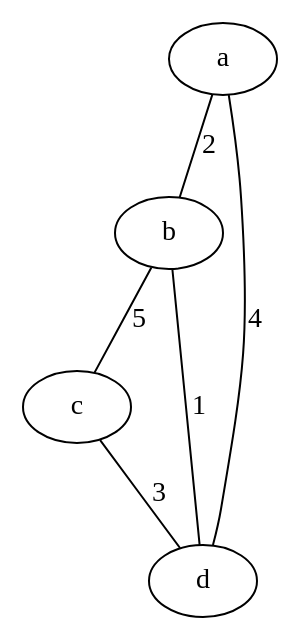
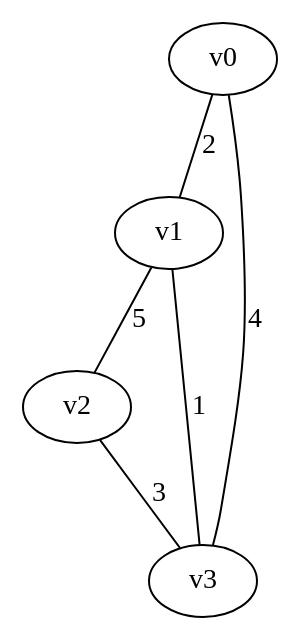
Before and after one commit to japie1235813/Algo_PA3: the diagram in inputs/gn4.dot, drawn with Graphviz. The commit also changed other lines of this file and 14 other files, not shown here.

```diff
--- a/inputs/gn4.dot
+++ b/inputs/gn4.dot
@@ -1,8 +1,7 @@
-// THIS IS COMMENT: example undirected graph with edge weight 
-graph G {
-     a -- b  [label = "2"];  // edge weight is shown as text label
-     b -- c  [label = "5"]; 
-     a -- d  [label = "4"]; 
-     c -- d  [label = "3"]; 
-     b -- d  [label = "1"];
- }
+Graph gn4 {
+v0 -- v1  [label = "2"];
+v1 -- v2  [label = "5"];
+v0 -- v3  [label = "4"];
+v2 -- v3  [label = "3"];
+v1 -- v3  [label = "1"];
+}
```
